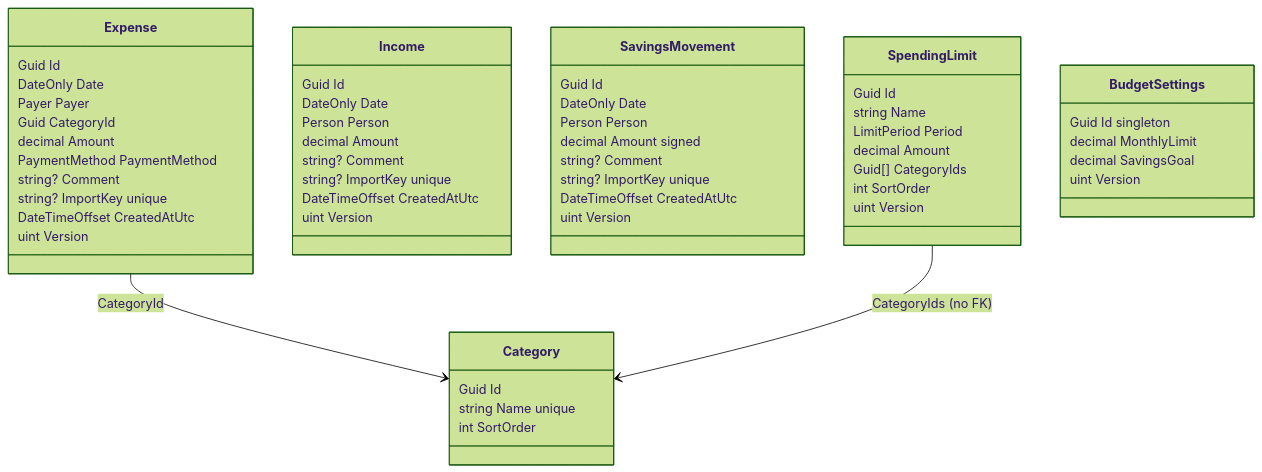
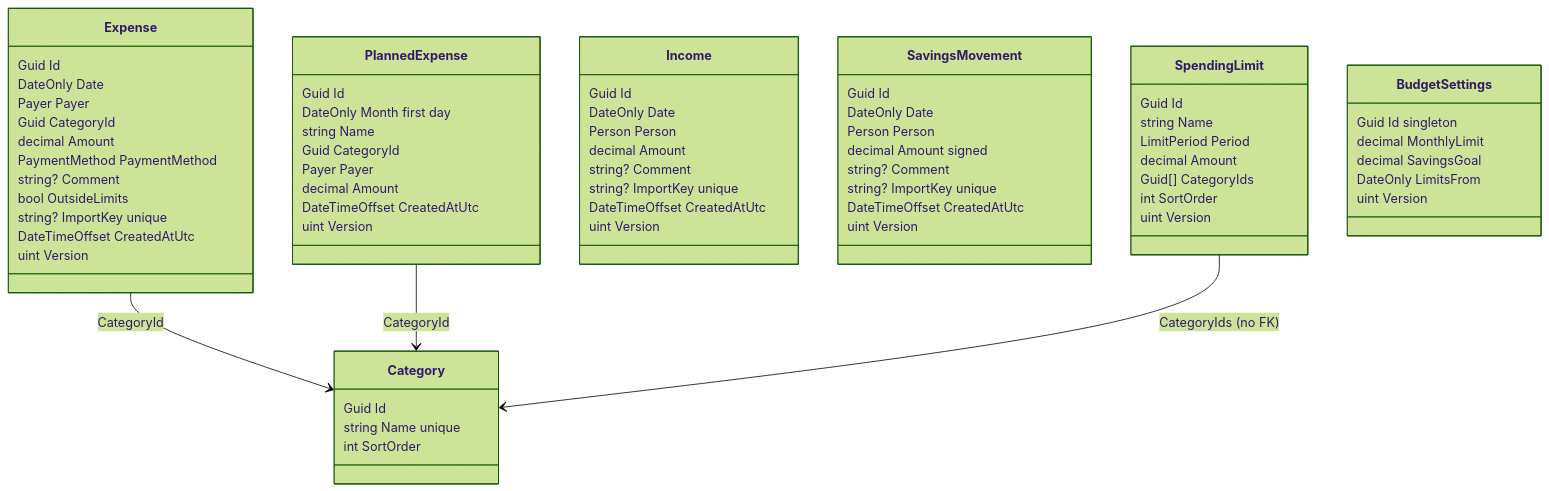
The diagram in api/docs/modules/expenses.md (Weretik/home-app), drawn with Mermaid (forest theme) before and after one commit. The commit also changed other lines of this file and 454 other files, not shown here.

First line of the commit message:
Budget: forecast, limit carry-over, outside-limits expenses; SDD-first process and audits (#12)

````diff
--- a/api/docs/modules/expenses.md
+++ b/api/docs/modules/expenses.md
@@ -15,57 +23,70 @@
 ```mermaid
 classDiagram
     class Category {
         Guid Id
         string Name  unique
         int SortOrder
     }
     class Expense {
         Guid Id
         DateOnly Date
         Payer Payer
         Guid CategoryId
         decimal Amount
         PaymentMethod PaymentMethod
         string? Comment
+        bool OutsideLimits
         string? ImportKey  unique
+        DateTimeOffset CreatedAtUtc
+        uint Version
+    }
+    class PlannedExpense {
+        Guid Id
+        DateOnly Month  first day
+        string Name
+        Guid CategoryId
+        Payer Payer
+        decimal Amount
         DateTimeOffset CreatedAtUtc
         uint Version
     }
     class Income {
         Guid Id
         DateOnly Date
         Person Person
         decimal Amount
         string? Comment
         string? ImportKey  unique
         DateTimeOffset CreatedAtUtc
         uint Version
     }
     class SavingsMovement {
         Guid Id
         DateOnly Date
         Person Person
         decimal Amount  signed
         string? Comment
         string? ImportKey  unique
         DateTimeOffset CreatedAtUtc
         uint Version
     }
     class SpendingLimit {
         Guid Id
         string Name
         LimitPeriod Period
         decimal Amount
         Guid[] CategoryIds
         int SortOrder
         uint Version
     }
     class BudgetSettings {
         Guid Id  singleton
         decimal MonthlyLimit
         decimal SavingsGoal
+        DateOnly LimitsFrom
         uint Version
     }
     Expense --> Category : CategoryId
+    PlannedExpense --> Category : CategoryId
     SpendingLimit --> Category : CategoryIds (no FK)
 ```
````
